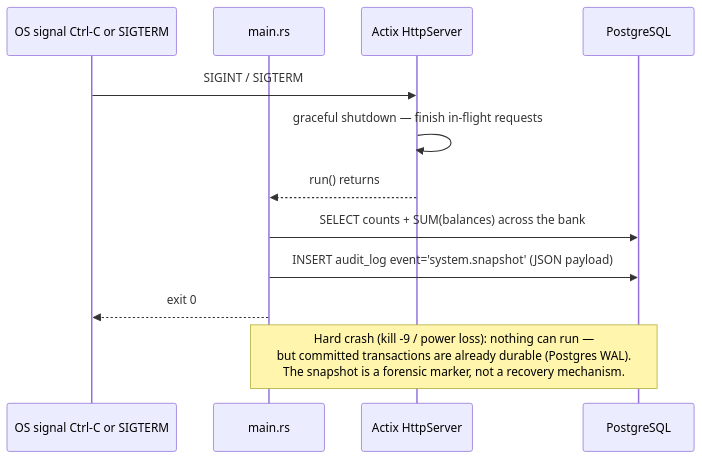
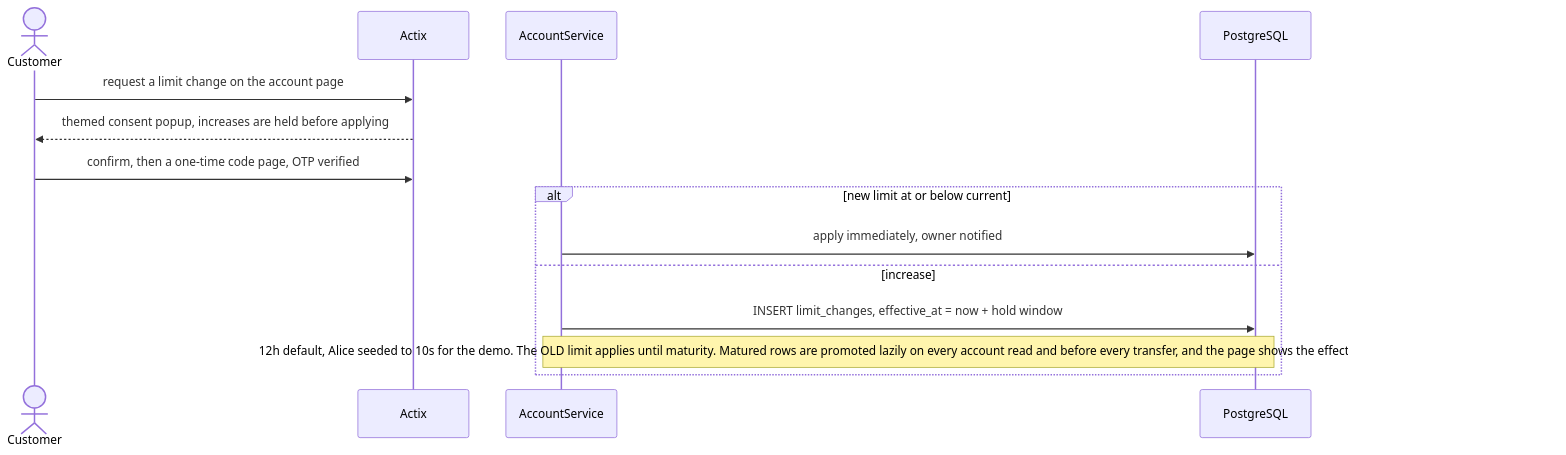
One commit to cthyuiii/FerroBank changed the seventh of 14 diagrams in docs/FLOWS.md. Above: the diagram before and after it, drawn with Mermaid. The commit also changed other lines of this file and 61 other files, not shown here.

````diff
--- a/docs/FLOWS.md
+++ b/docs/FLOWS.md
@@ -197,15 +171,17 @@
 ```mermaid
 sequenceDiagram
-    participant OS as OS signal Ctrl-C or SIGTERM
-    participant M as main.rs
-    participant AX as Actix HttpServer
+    actor U as Customer
+    participant A as Actix
+    participant S as AccountService
     participant P as PostgreSQL
 
-    OS->>AX: SIGINT / SIGTERM
-    AX->>AX: graceful shutdown — finish in-flight requests
-    AX-->>M: run() returns
-    M->>P: SELECT counts + SUM(balances) across the bank
-    M->>P: INSERT audit_log event='system.snapshot' (JSON payload)
-    M-->>OS: exit 0
-    Note over M,P: Hard crash (kill -9 / power loss): nothing can run —<br/>but committed transactions are already durable (Postgres WAL).<br/>The snapshot is a forensic marker, not a recovery mechanism.
+    U->>A: request a limit change on the account page
+    A-->>U: themed consent popup, increases are held before applying
+    U->>A: confirm, then a one-time code page, OTP verified
+    alt new limit at or below current
+        S->>P: apply immediately, owner notified
+    else increase
+        S->>P: INSERT limit_changes, effective_at = now + hold window
+        Note over S,P: 12h default, Alice seeded to 10s for the demo. The OLD limit applies until maturity. Matured rows are promoted lazily on every account read and before every transfer, and the page shows the effective moment in the viewer's local time.
+    end
 ```
````
